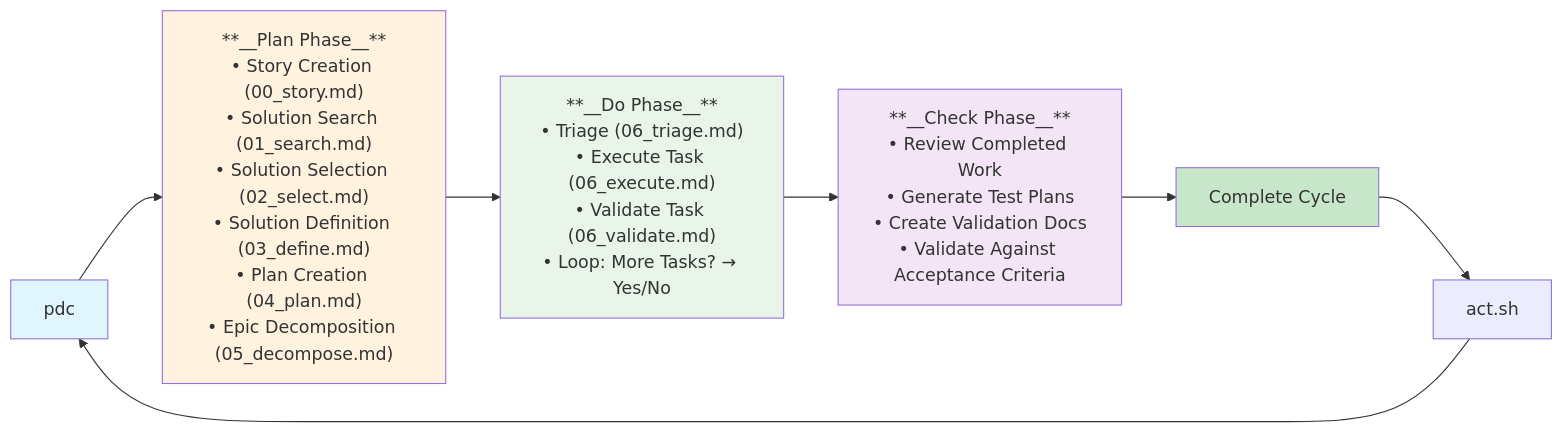
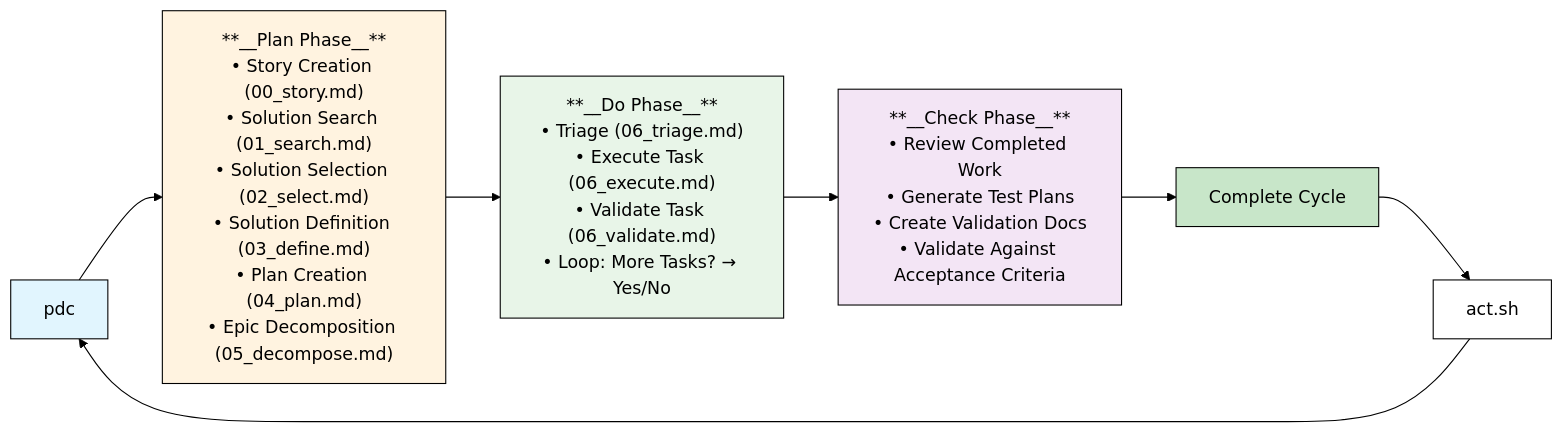
Before and after one commit to riazarbi/way: the diagram in README.md, drawn with Mermaid.

Commit message:
formatting

````diff
--- a/README.md
+++ b/README.md
@@ -43,16 +43,17 @@
 ```mermaid
+%%{init: {'theme': 'base', 'themeVariables': { 'primaryColor': '#fff', 'primaryTextColor': '#000', 'primaryBorderColor': '#000', 'lineColor': '#000', 'secondaryColor': '#fff', 'tertiaryColor': '#fff'}, 'flowchart': {'useMaxWidth': false, 'htmlLabels': true, 'curve': 'basis'}}}%%
 graph LR
     A[pdc <user-story>] --> B["**__Plan Phase__**<br/>• Story Creation (00_story.md)<br/>• Solution Search (01_search.md)<br/>• Solution Selection (02_select.md)<br/>• Solution Definition (03_define.md)<br/>• Plan Creation (04_plan.md)<br/>• Epic Decomposition (05_decompose.md)"]
     B --> C["**__Do Phase__**<br/>• Triage (06_triage.md)<br/>• Execute Task (06_execute.md)<br/>• Validate Task (06_validate.md)<br/>• Loop: More Tasks? → Yes/No"]
     C --> D["**__Check Phase__**<br/>• Review Completed Work<br/>• Generate Test Plans<br/>• Create Validation Docs<br/>• Validate Against Acceptance Criteria"]
     D --> E[Complete Cycle]
     E --> F[act.sh <user-story>]
     F --> A
     
     %% Styling
     style A fill:#e1f5fe
     style B fill:#fff3e0
     style C fill:#e8f5e8
     style D fill:#f3e5f5
     style E fill:#c8e6c9
 ```
````
